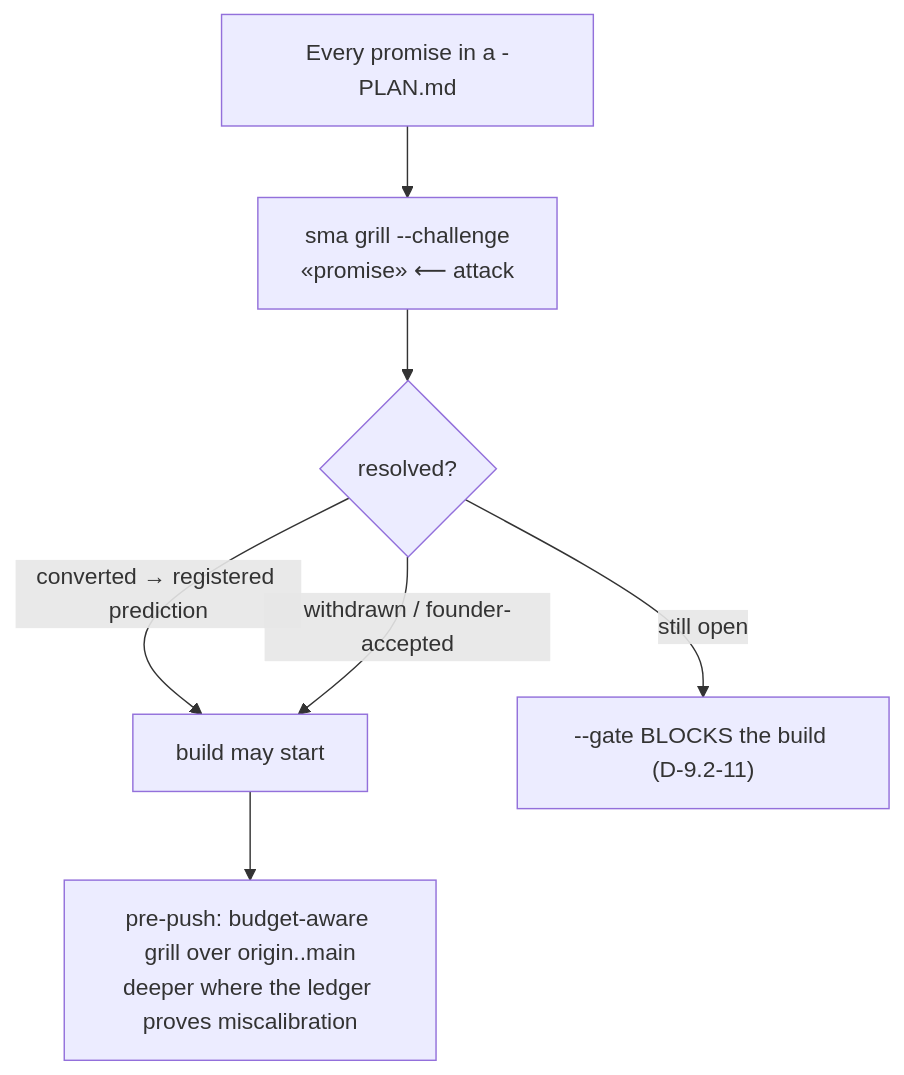
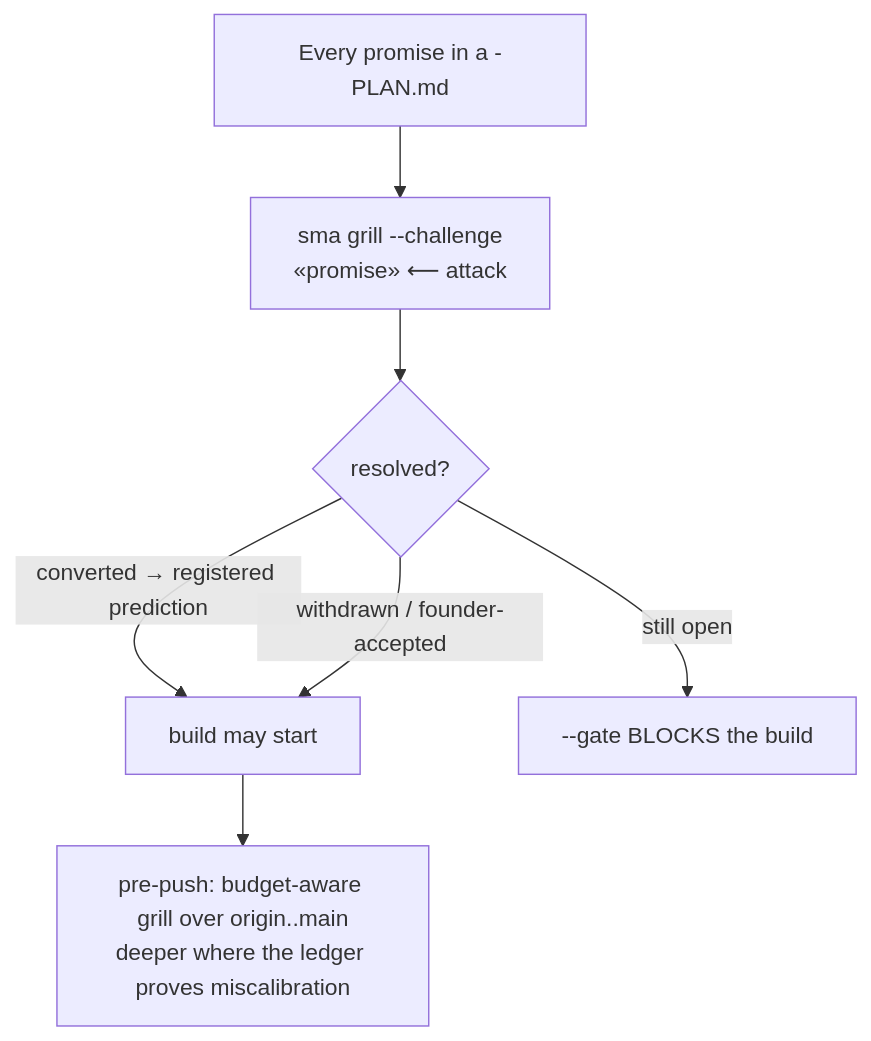
Before and after one commit to sma-framework/sma: diagram 16 of 23 in docs/DETAILS.md, drawn with Mermaid. The commit also changed other lines of this file and 19 other files, not shown here.

````diff
--- a/docs/DETAILS.md
+++ b/docs/DETAILS.md
@@ -512,9 +512,9 @@
 ```mermaid
 flowchart TD
     P["Every promise in a -PLAN.md"] --> CH["sma grill --challenge<br>«promise» ⟵ attack"]
     CH --> Q{"resolved?"}
     Q -->|"converted → registered prediction"| GO["build may start"]
     Q -->|"withdrawn / founder-accepted"| GO
-    Q -->|"still open"| STOP["--gate BLOCKS the build (D-9.2-11)"]
+    Q -->|"still open"| STOP["--gate BLOCKS the build"]
     GO --> PP["pre-push: budget-aware grill over origin..main<br>deeper where the ledger proves miscalibration"]
 ```
````
